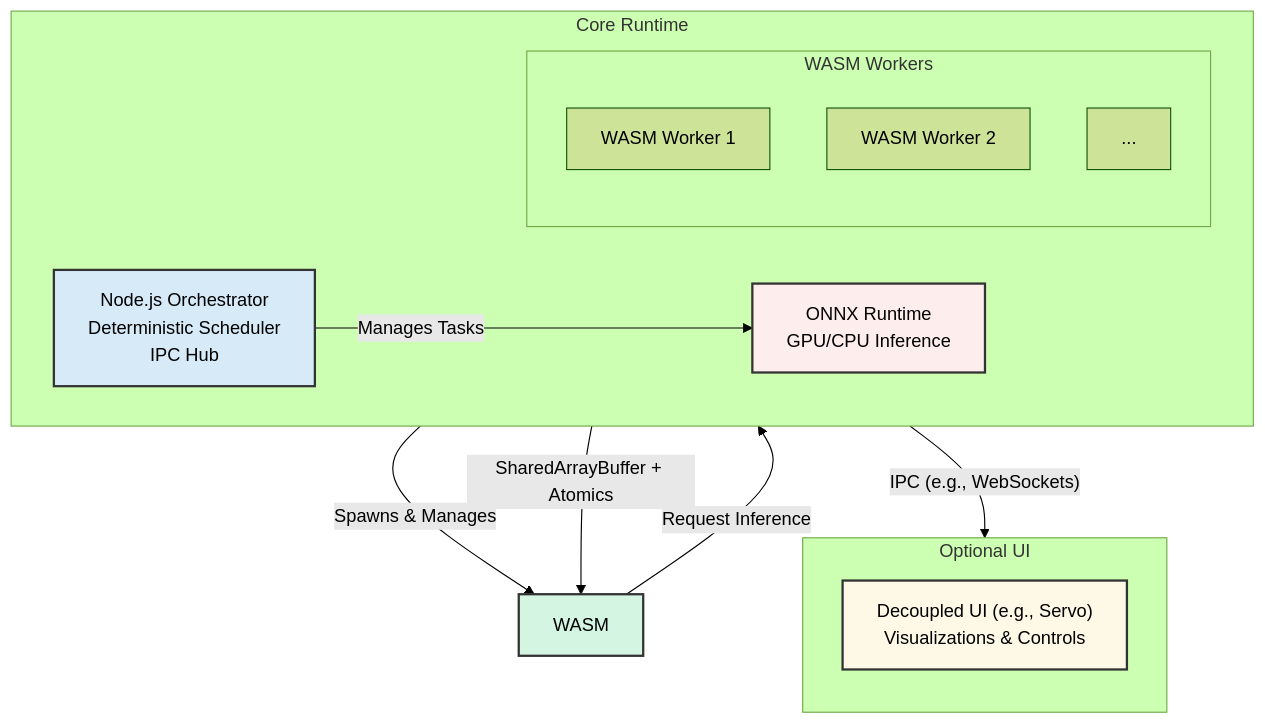
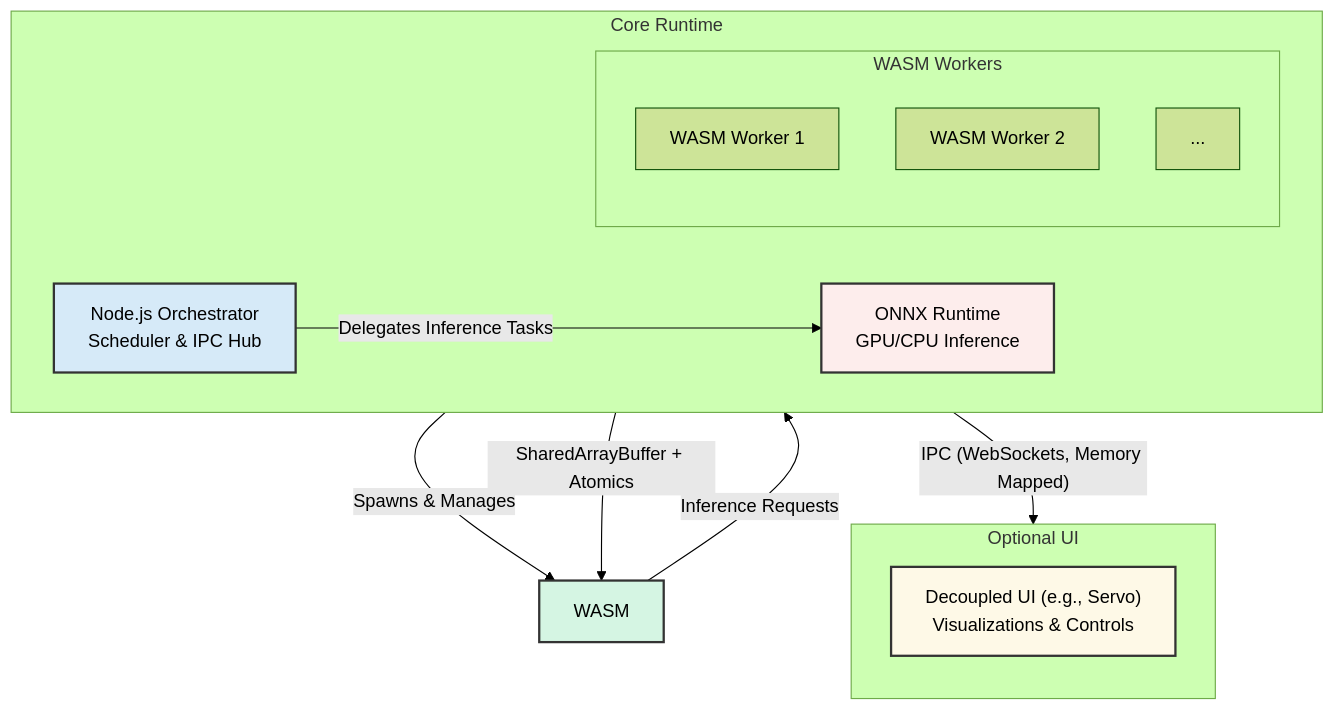
The diagram in docs/architecture/design/ADD-wasm-engine.md (Chen-Software/wasm-engine), drawn with Mermaid (forest theme) before and after one commit. The commit also changed other lines of this file and 1 other file, not shown here.

First line of the commit message:
Docs: Update ADR and ADD for Runtime Architecture

````diff
--- a/docs/architecture/design/ADD-wasm-engine.md
+++ b/docs/architecture/design/ADD-wasm-engine.md
@@ -71,32 +71,31 @@
 ```mermaid
 graph TD
     subgraph Core Runtime
         direction LR
-        Orchestrator["Node.js Orchestrator<br>Deterministic Scheduler<br>IPC Hub"]
+        Orchestrator["Node.js Orchestrator<br>Scheduler & IPC Hub"]
         subgraph WASM Workers
             direction TB
             W1["WASM Worker 1"]
             W2["WASM Worker 2"]
-            W3["..."]
+            Wn["..."]
         end
         ONNX["ONNX Runtime<br>GPU/CPU Inference"]
     end
 
     subgraph Optional UI
         direction TB
         UI["Decoupled UI (e.g., Servo)<br>Visualizations & Controls"]
     end
 
-    %% Connections
     Orchestrator -- "Spawns & Manages" --> WASM
-    Orchestrator -- "Manages Tasks" --> ONNX
+    Orchestrator -- "Delegates Inference Tasks" --> ONNX
     Orchestrator -- "SharedArrayBuffer + Atomics" --> WASM
-    WASM -- "Request Inference" --> Orchestrator
-    Orchestrator -- "IPC (e.g., WebSockets)" --> UI
+    WASM -- "Inference Requests" --> Orchestrator
+    Orchestrator -- "IPC (WebSockets, Memory Mapped)" --> UI
 
     %% Styling
     style Orchestrator fill:#D6EAF8,stroke:#333,stroke-width:2px
     style WASM fill:#D5F5E3,stroke:#333,stroke-width:2px
     style ONNX fill:#FDEDEC,stroke:#333,stroke-width:2px
     style UI fill:#FEF9E7,stroke:#333,stroke-width:2px
 ```
````
